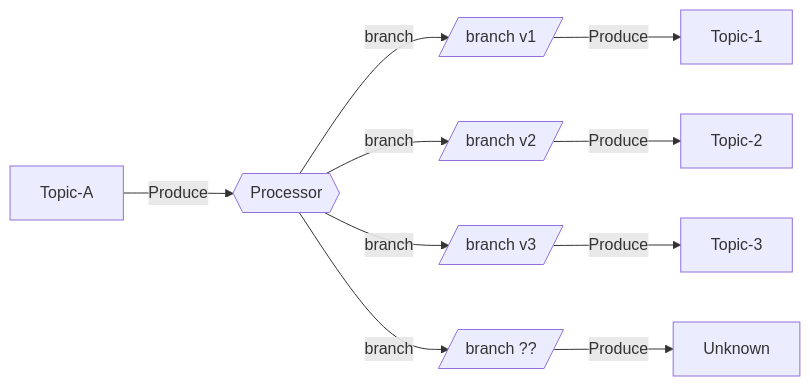
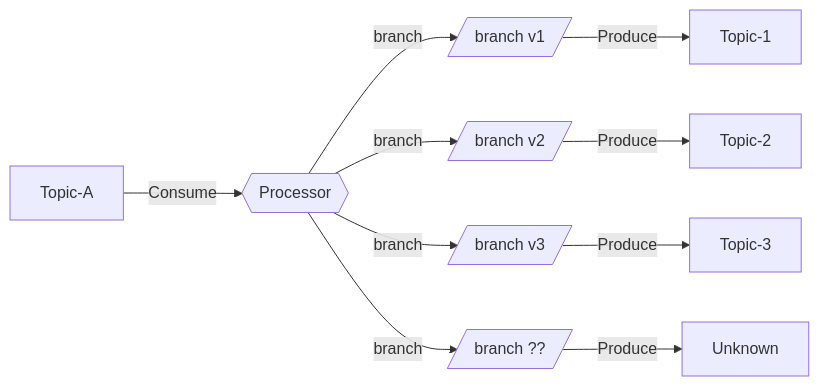
One commit to pmdevers/MinimalKafka changed the fourth of 5 diagrams in README.md. Above: the diagram before and after it, drawn with Mermaid. The commit also changed other lines of this file, not shown here.

````diff
--- a/README.md
+++ b/README.md
@@ -136,12 +136,12 @@
 ```mermaid
 flowchart LR
-    A[Topic-A] -->|Produce| B{{Processor}}
+    A[Topic-A] -->|Consume| B{{Processor}}
     B -->|branch| C[/branch v1/]
     B -->|branch| D[/branch v2/]
     B -->|branch| E[/branch v3/]
     B -->|branch| F[/branch ??/]
     C -->|Produce| G[Topic-1]
     D -->|Produce| H[Topic-2]
     E -->|Produce| I[Topic-3]
     F -->|Produce| J[Unknown]
 ```
````
